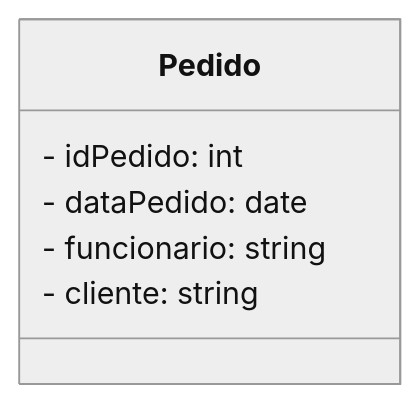
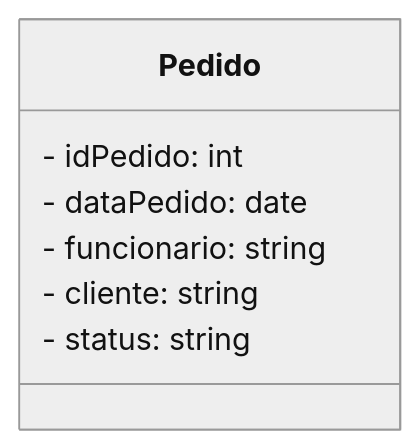
The diagram in Pedido.md (MTECHDevelopment/poojavaceub-grupo-3), drawn with Mermaid (neutral theme) before and after one commit.

````diff
--- a/Pedido.md
+++ b/Pedido.md
@@ -2,10 +2,11 @@
 ```mermaid
 classDiagram
   class Pedido{
     - idPedido: int
     - dataPedido: date
     - funcionario: string
     - cliente: string
+    - status: string
   }
 
 ```
````
